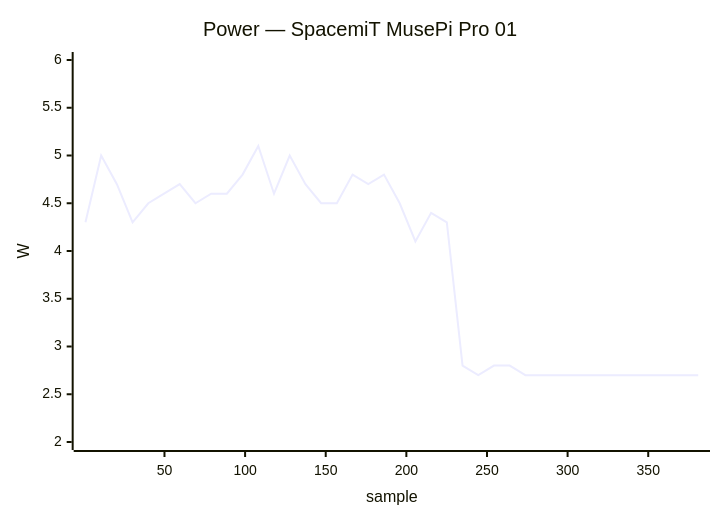
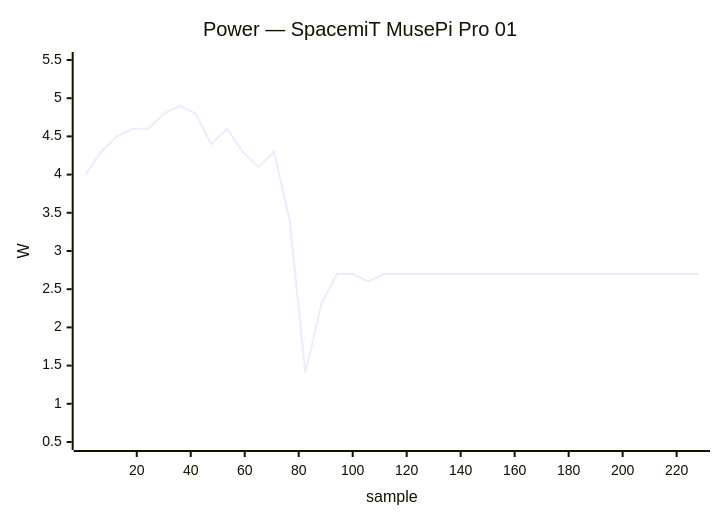
Before and after one commit to armbian/documentation: the ninth of 40 diagrams in docs/status/board-tests.md, drawn with Mermaid. The commit also changed other lines of this file, not shown here.

````diff
--- a/docs/status/board-tests.md
+++ b/docs/status/board-tests.md
@@ -153,7 +370,7 @@
 ```mermaid
 xychart-beta
     title "Power — SpacemiT MusePi Pro 01"
-    x-axis "sample" 1 --> 381
-    y-axis "W" 2.0 --> 6.0
-    line [4.3, 5.0, 4.7, 4.3, 4.5, 4.6, 4.7, 4.5, 4.6, 4.6, 4.8, 5.1, 4.6, 5.0, 4.7, 4.5, 4.5, 4.8, 4.7, 4.8, 4.5, 4.1, 4.4, 4.3, 2.8, 2.7, 2.8, 2.8, 2.7, 2.7, 2.7, 2.7, 2.7, 2.7, 2.7, 2.7, 2.7, 2.7, 2.7, 2.7]
+    x-axis "sample" 1 --> 228
+    y-axis "W" 0.5 --> 5.5
+    line [4.0, 4.3, 4.5, 4.6, 4.6, 4.8, 4.9, 4.8, 4.4, 4.6, 4.3, 4.1, 4.3, 3.4, 1.4, 2.3, 2.7, 2.7, 2.6, 2.7, 2.7, 2.7, 2.7, 2.7, 2.7, 2.7, 2.7, 2.7, 2.7, 2.7, 2.7, 2.7, 2.7, 2.7, 2.7, 2.7, 2.7, 2.7, 2.7, 2.7]
 ```
````
